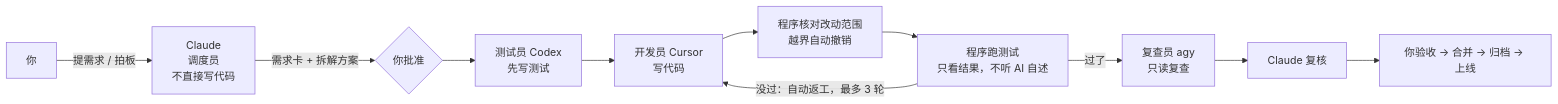
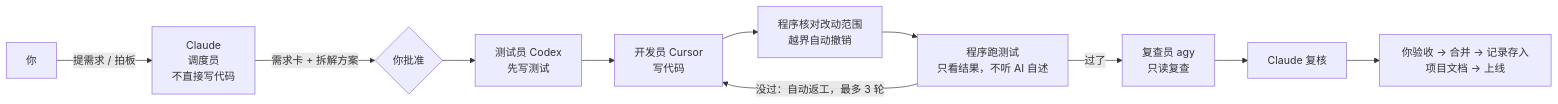
Before and after one commit to Rskyss/super-agent: the diagram in README.md, drawn with Mermaid. The commit also changed other lines of this file and 64 other files, not shown here.

````diff
--- a/README.md
+++ b/README.md
@@ -35,13 +37,13 @@
 ```mermaid
 flowchart LR
     U[你] -->|提需求 / 拍板| C[Claude<br/>调度员<br/>不直接写代码]
     C -->|需求卡 + 拆解方案| G{你批准}
     G --> T[测试员 Codex<br/>先写测试]
     T --> D[开发员 Cursor<br/>写代码]
     D --> S[程序核对改动范围<br/>越界自动撤销]
     S --> J[程序跑测试<br/>只看结果，不听 AI 自述]
     J -->|没过：自动返工，最多 3 轮| D
     J -->|过了| R[复查员 agy<br/>只读复查]
     R --> C2[Claude 复核]
-    C2 --> U2[你验收 → 合并 → 归档 → 上线]
+    C2 --> U2[你验收 → 合并 → 记录存入项目文档 → 上线]
 ```
````
